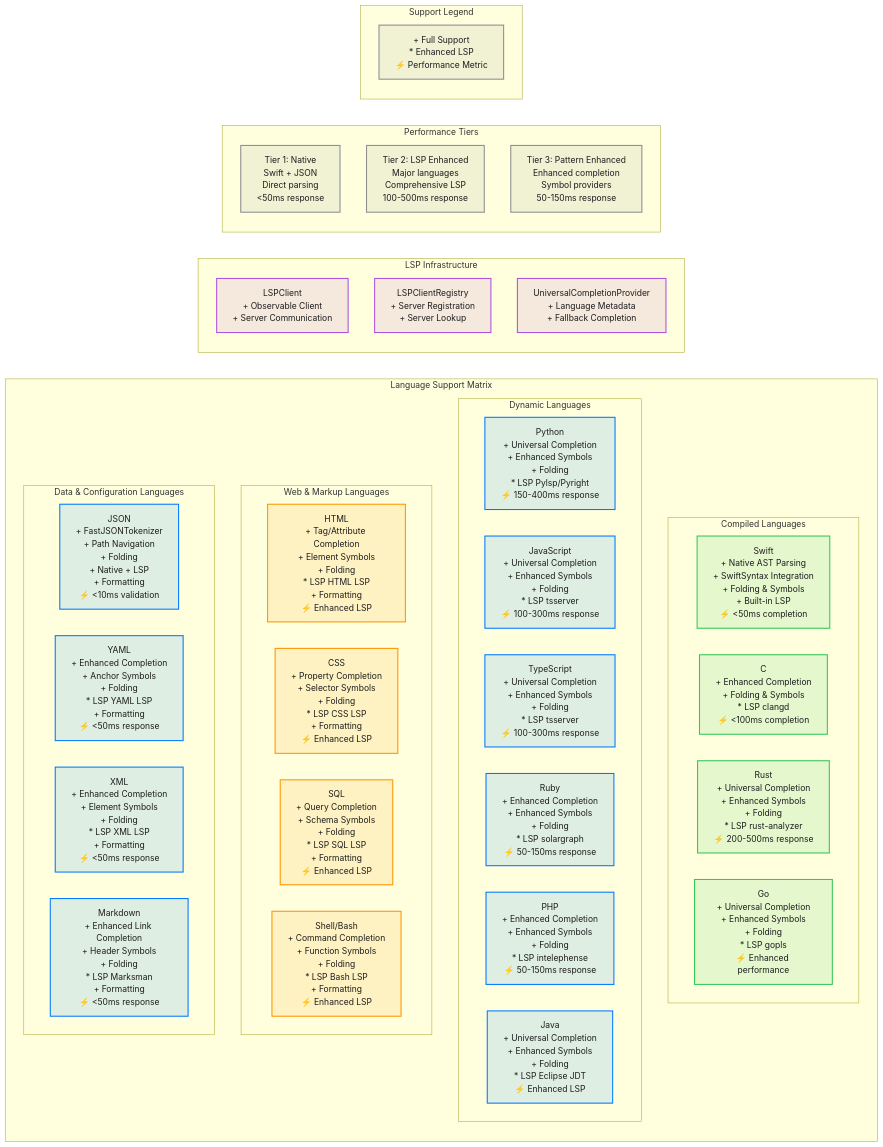
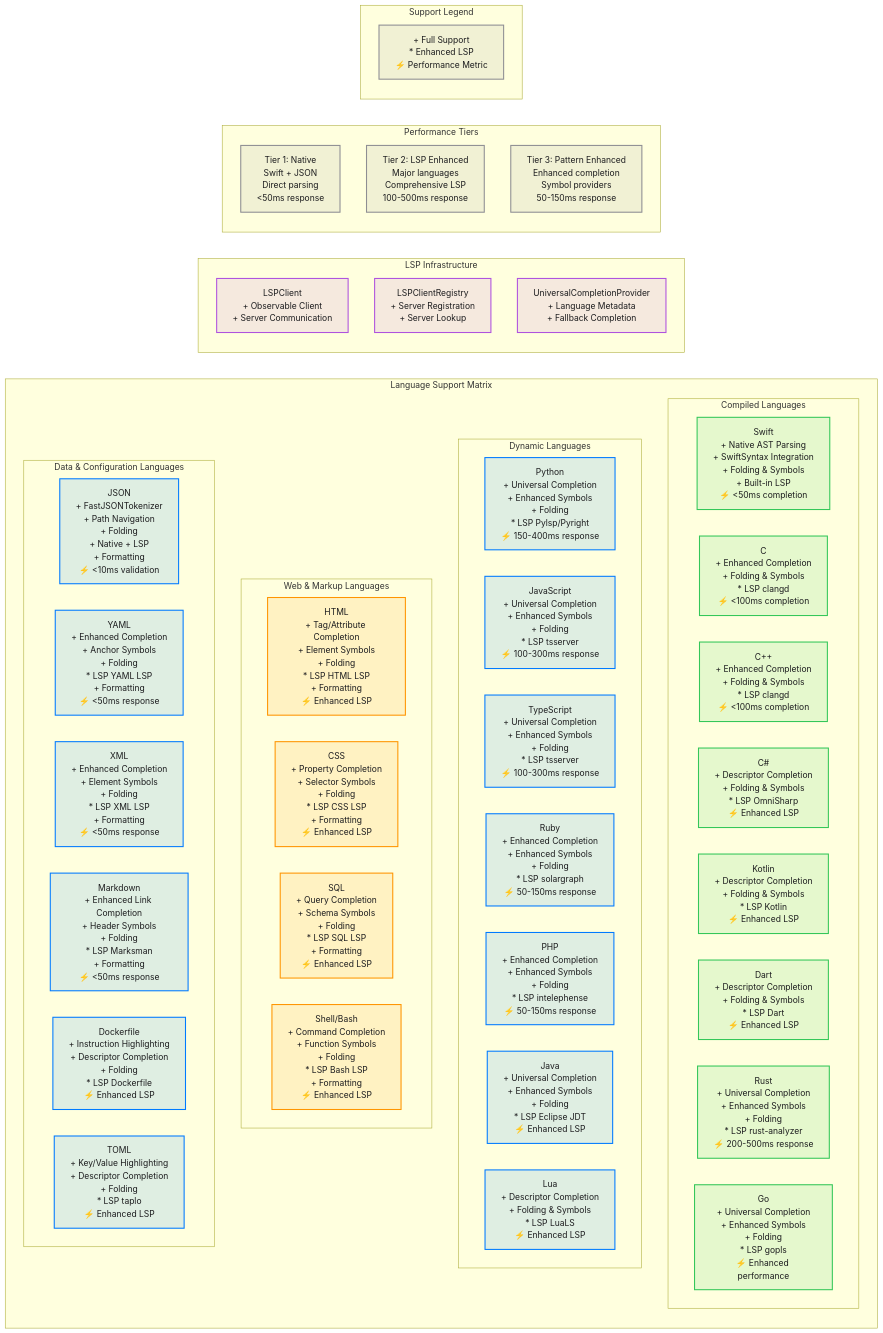
Before and after one commit to ajmcclary/CodeEditorKit: the first of 2 diagrams in docs/Diagrams/23-multi-language-support-matrix.md, drawn with Mermaid. The commit also changed other lines of this file and 44 other files, not shown here.

```diff
--- a/docs/Diagrams/23-multi-language-support-matrix.md
+++ b/docs/Diagrams/23-multi-language-support-matrix.md
@@ -8,6 +8,10 @@
         subgraph "Compiled Languages"
             SWIFT[Swift<br/>+ Native AST Parsing<br/>+ SwiftSyntax Integration<br/>+ Folding & Symbols<br/>+ Built-in LSP<br/>⚡ <50ms completion]
             C[C<br/>+ Enhanced Completion<br/>+ Folding & Symbols<br/>* LSP clangd<br/>⚡ <100ms completion]
+            CPP[C++<br/>+ Enhanced Completion<br/>+ Folding & Symbols<br/>* LSP clangd<br/>⚡ <100ms completion]
+            CSHARP[C#<br/>+ Descriptor Completion<br/>+ Folding & Symbols<br/>* LSP OmniSharp<br/>⚡ Enhanced LSP]
+            KOTLIN[Kotlin<br/>+ Descriptor Completion<br/>+ Folding & Symbols<br/>* LSP Kotlin<br/>⚡ Enhanced LSP]
+            DART[Dart<br/>+ Descriptor Completion<br/>+ Folding & Symbols<br/>* LSP Dart<br/>⚡ Enhanced LSP]
             RUST[Rust<br/>+ Universal Completion<br/>+ Enhanced Symbols<br/>+ Folding<br/>* LSP rust-analyzer<br/>⚡ 200-500ms response]
             GO[Go<br/>+ Universal Completion<br/>+ Enhanced Symbols<br/>+ Folding<br/>* LSP gopls<br/>⚡ Enhanced performance]
         end
@@ -19,6 +23,7 @@
             RUBY[Ruby<br/>+ Enhanced Completion<br/>+ Enhanced Symbols<br/>+ Folding<br/>* LSP solargraph<br/>⚡ 50-150ms response]
             PHP[PHP<br/>+ Enhanced Completion<br/>+ Enhanced Symbols<br/>+ Folding<br/>* LSP intelephense<br/>⚡ 50-150ms response]
             JAVA[Java<br/>+ Universal Completion<br/>+ Enhanced Symbols<br/>+ Folding<br/>* LSP Eclipse JDT<br/>⚡ Enhanced LSP]
+            LUA[Lua<br/>+ Descriptor Completion<br/>+ Folding & Symbols<br/>* LSP LuaLS<br/>⚡ Enhanced LSP]
         end
 
         subgraph "Web & Markup Languages"
@@ -33,6 +38,8 @@
             YAML[YAML<br/>+ Enhanced Completion<br/>+ Anchor Symbols<br/>+ Folding<br/>* LSP YAML LSP<br/>+ Formatting<br/>⚡ <50ms response]
             XML[XML<br/>+ Enhanced Completion<br/>+ Element Symbols<br/>+ Folding<br/>* LSP XML LSP<br/>+ Formatting<br/>⚡ <50ms response]
             MD[Markdown<br/>+ Enhanced Link Completion<br/>+ Header Symbols<br/>+ Folding<br/>* LSP Marksman<br/>+ Formatting<br/>⚡ <50ms response]
+            DOCKER[Dockerfile<br/>+ Instruction Highlighting<br/>+ Descriptor Completion<br/>+ Folding<br/>* LSP Dockerfile<br/>⚡ Enhanced LSP]
+            TOML[TOML<br/>+ Key/Value Highlighting<br/>+ Descriptor Completion<br/>+ Folding<br/>* LSP taplo<br/>⚡ Enhanced LSP]
         end
     end
 
@@ -63,6 +70,10 @@
 
     class SWIFT compiled
     class C compiled
+    class CPP compiled
+    class CSHARP compiled
+    class KOTLIN compiled
+    class DART compiled
     class RUST compiled
     class GO compiled
     class PYTHON dynamic
@@ -71,6 +82,7 @@
     class RUBY dynamic
     class PHP dynamic
     class JAVA dynamic
+    class LUA dynamic
     class HTML web
     class CSS web
     class SQL web
@@ -79,6 +91,8 @@
     class YAML data
     class XML data
     class MD data
+    class DOCKER data
+    class TOML data
     class LSP_CLIENT infrastructure
     class LSP_REGISTRY infrastructure
     class UNIVERSAL_COMPLETION infrastructure
```
